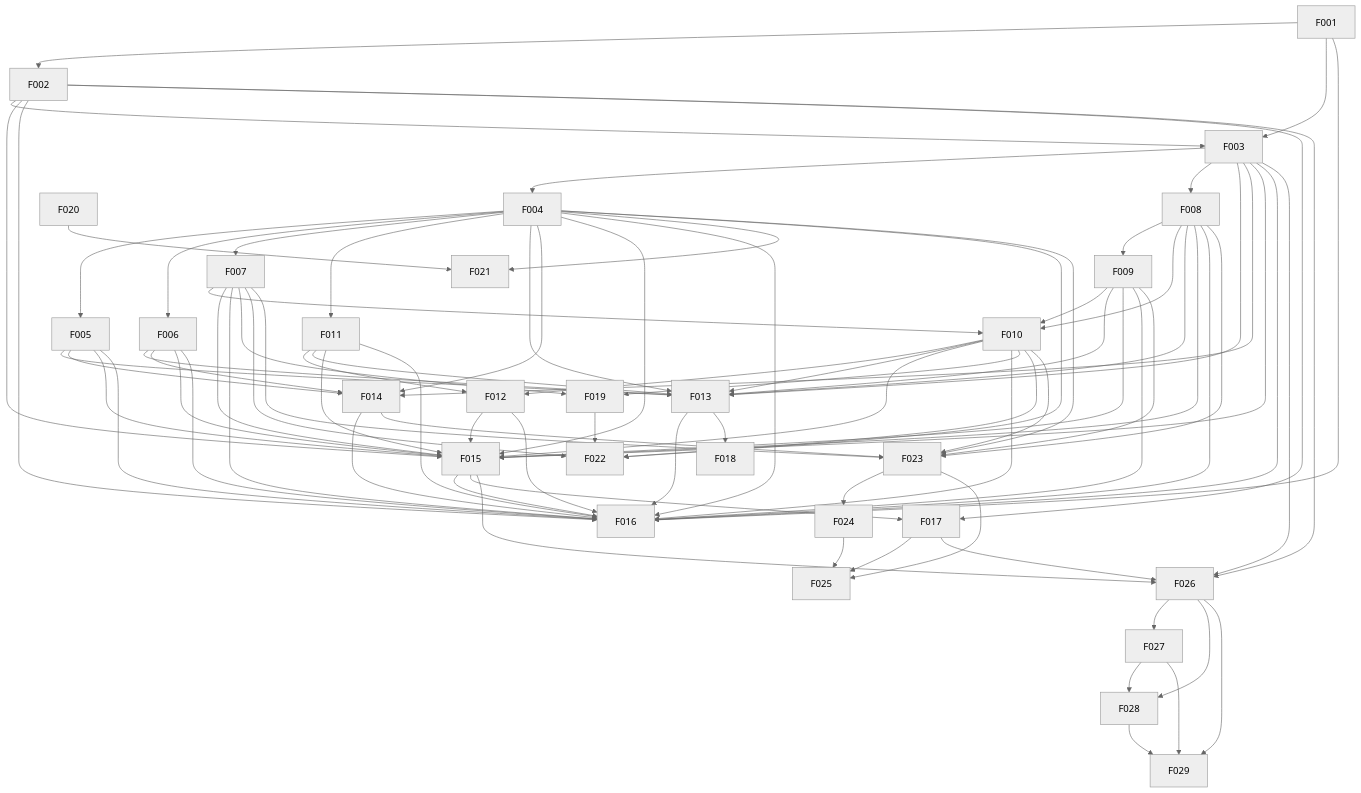
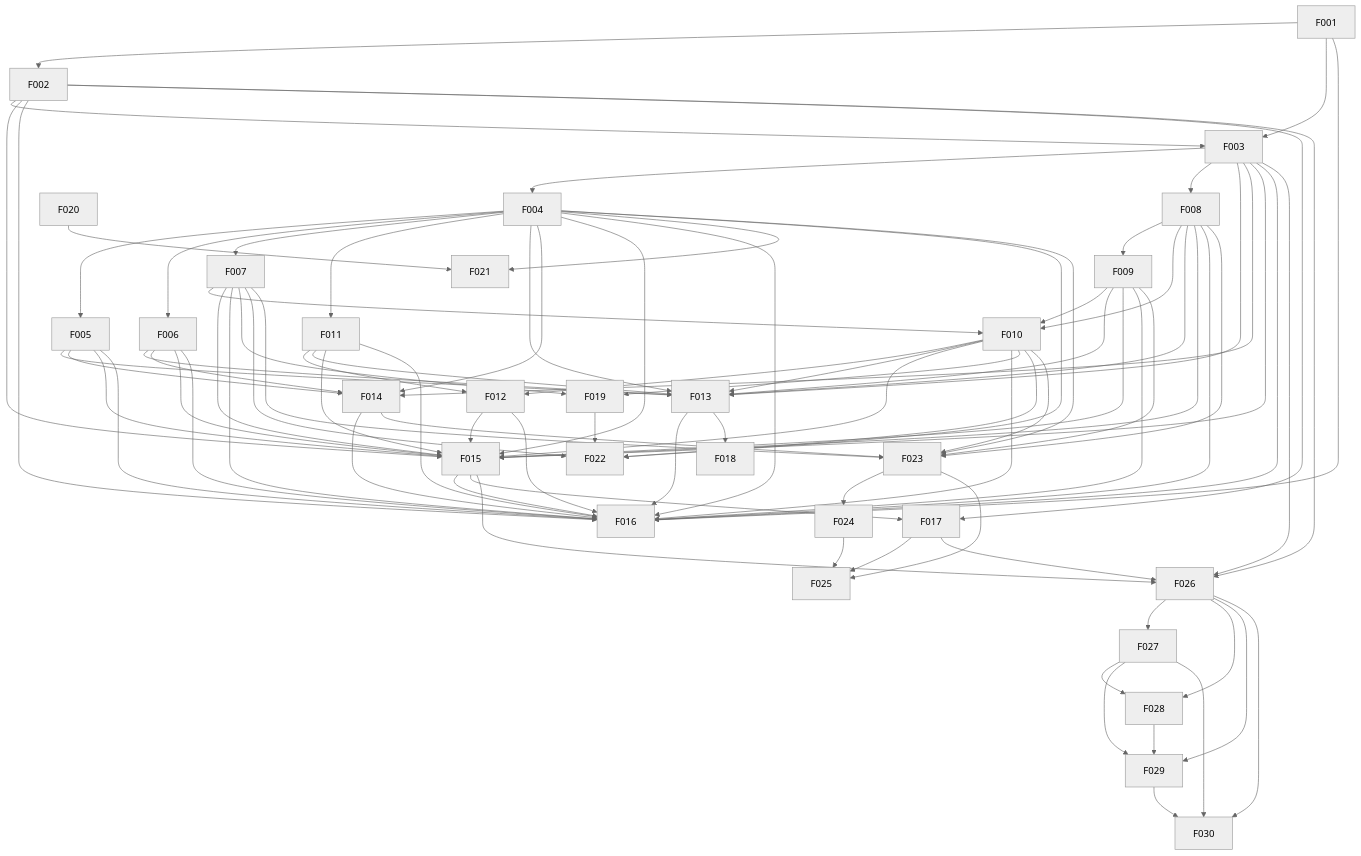
The diagram in docs/project/dependency-map.md (47oo/csm), drawn with Mermaid (neutral theme) before and after one commit. The commit also changed other lines of this file and 3 other files, not shown here.

````diff
--- a/docs/project/dependency-map.md
+++ b/docs/project/dependency-map.md
@@ -37,6 +37,7 @@
     n26["F027"]
     n27["F028"]
     n28["F029"]
+    n29["F030"]
     n0 --> n1
     n0 --> n2
     n1 --> n2
@@ -121,4 +122,7 @@
     n25 --> n28
     n26 --> n28
     n27 --> n28
+    n25 --> n29
+    n26 --> n29
+    n28 --> n29
 ```
````
